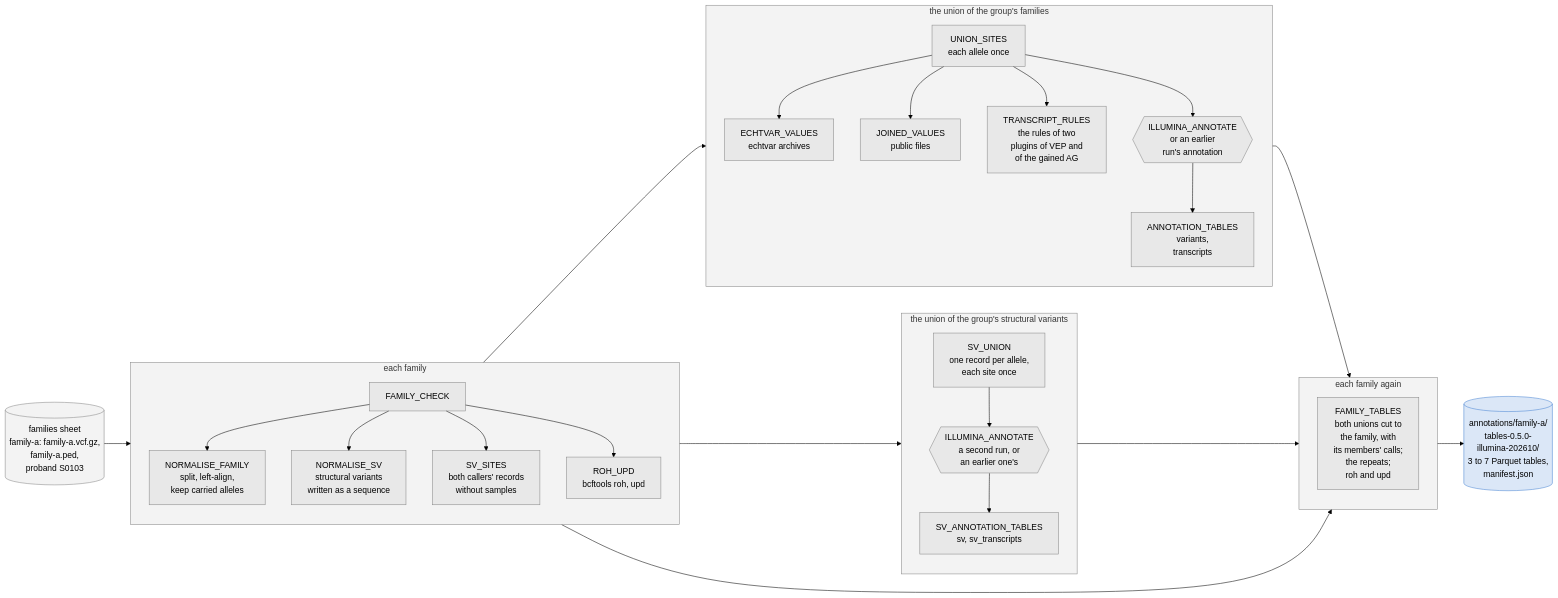
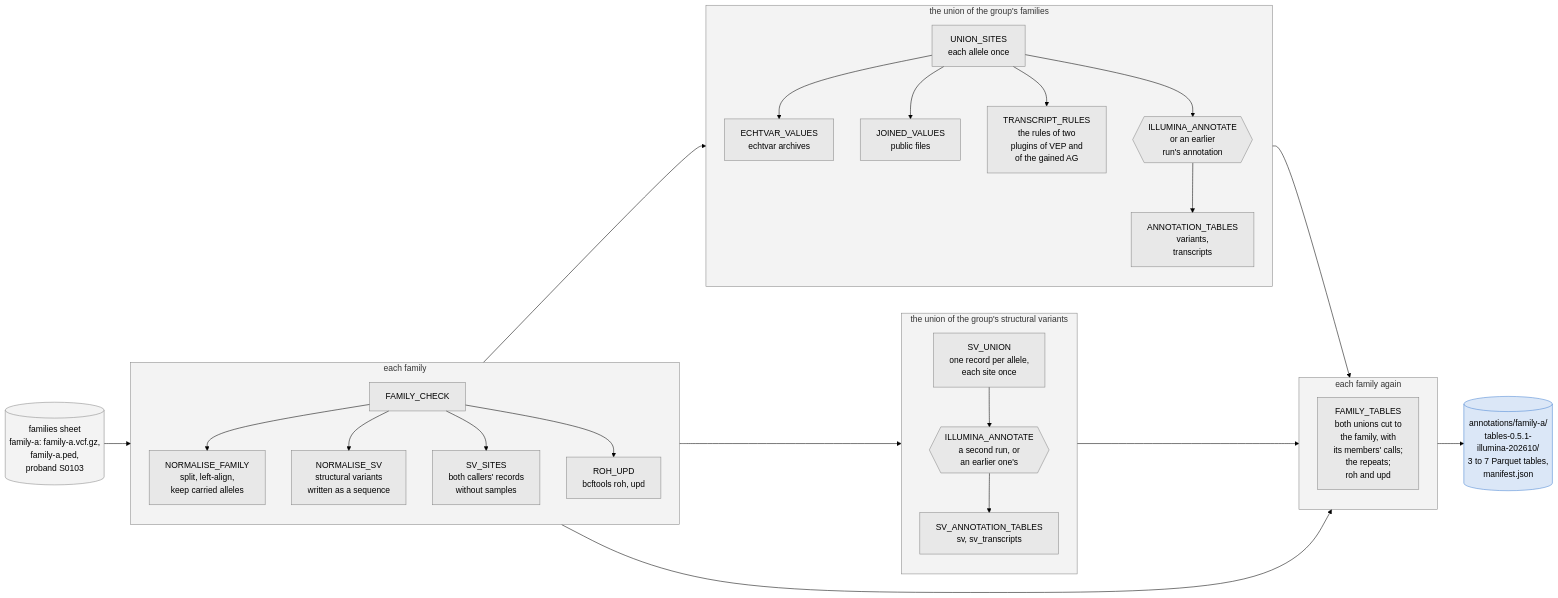
Before and after one commit to populationgenomics/case-annotation-pipeline: the third of 3 diagrams in docs/annotation.md, drawn with Mermaid (forest theme). The commit also changed other lines of this file and 21 other files, not shown here.

````diff
--- a/docs/annotation.md
+++ b/docs/annotation.md
@@ -432,57 +432,57 @@
 ```mermaid
 flowchart LR
     IN[("families sheet<br/>family-a: family-a.vcf.gz,<br/>family-a.ped,<br/>proband S0103")]
 
     subgraph EACH["each family"]
         direction TB
         CHECK["FAMILY_CHECK"]
         NORMALISE["NORMALISE_FAMILY<br/>split, left-align,<br/>keep carried alleles"]
         SV["NORMALISE_SV<br/>structural variants<br/>written as a sequence"]
         SVSITES["SV_SITES<br/>both callers' records<br/>without samples"]
         ROHUPD["ROH_UPD<br/>bcftools roh, upd"]
         CHECK --> NORMALISE
         CHECK --> SV
         CHECK --> SVSITES
         CHECK --> ROHUPD
     end
 
     subgraph UNION["the union of the group's families"]
         direction TB
         SITES["UNION_SITES<br/>each allele once"]
         VALUES["ECHTVAR_VALUES<br/>echtvar archives"]
         JOINED["JOINED_VALUES<br/>public files"]
         RULES["TRANSCRIPT_RULES<br/>the rules of two<br/>plugins of VEP and<br/>of the gained AG"]
         ANNOTATE{{"ILLUMINA_ANNOTATE<br/>or an earlier<br/>run's annotation"}}
         TABLES["ANNOTATION_TABLES<br/>variants,<br/>transcripts"]
         SITES --> VALUES
         SITES --> JOINED
         SITES --> RULES
         SITES --> ANNOTATE --> TABLES
     end
 
     subgraph SVUNION["the union of the group's structural variants"]
         direction TB
         SVU["SV_UNION<br/>one record per allele,<br/>each site once"]
         SVANNOTATE{{"ILLUMINA_ANNOTATE<br/>a second run, or<br/>an earlier one's"}}
         SVTABLES["SV_ANNOTATION_TABLES<br/>sv, sv_transcripts"]
         SVU --> SVANNOTATE --> SVTABLES
     end
 
     subgraph CUT["each family again"]
         direction TB
         FAMILY["FAMILY_TABLES<br/>both unions cut to<br/>the family, with<br/>its members' calls;<br/>the repeats;<br/>roh and upd"]
     end
 
-    OUT[("annotations/family-a/<br/>tables-0.5.0-<br/>illumina-202610/<br/>3 to 7 Parquet tables,<br/>manifest.json")]
+    OUT[("annotations/family-a/<br/>tables-0.5.1-<br/>illumina-202610/<br/>3 to 7 Parquet tables,<br/>manifest.json")]
 
     IN --> EACH --> UNION --> CUT --> OUT
     EACH --> SVUNION --> CUT
     EACH --> CUT
 
     classDef default fill:#8888881a,stroke:#888888
     style EACH fill:#8888881a,stroke:#888888
     style UNION fill:#8888881a,stroke:#888888
     style SVUNION fill:#8888881a,stroke:#888888
     style CUT fill:#8888881a,stroke:#888888
     style OUT fill:#4a86d433,stroke:#4a86d4
 ```
````
